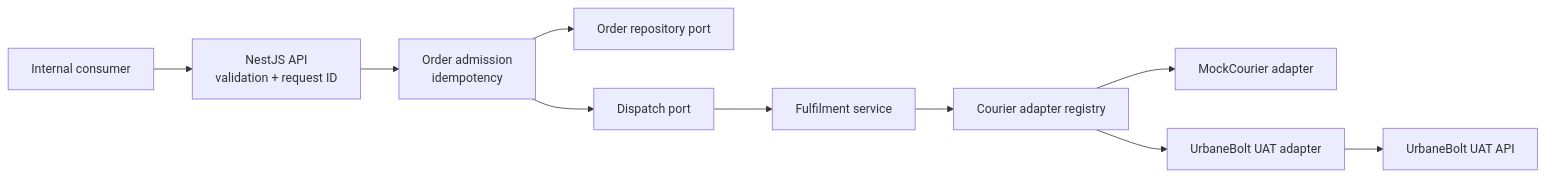
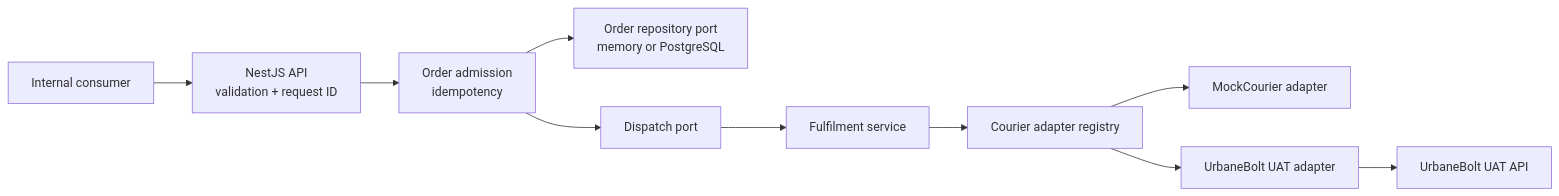
One commit to shreyshreyansh/multi-courier-platform changed the diagram in README.md. Above: the diagram before and after it, drawn with Mermaid. The commit also changed other lines of this file and 3 other files, not shown here.

````diff
--- a/README.md
+++ b/README.md
@@ -24,12 +24,12 @@
 ```mermaid
 flowchart LR
     Client["Internal consumer"] --> API["NestJS API<br/>validation + request ID"]
     API --> Admission["Order admission<br/>idempotency"]
-    Admission --> Store["Order repository port"]
+    Admission --> Store["Order repository port<br/>memory or PostgreSQL"]
     Admission --> Dispatch["Dispatch port"]
     Dispatch --> Fulfillment["Fulfilment service"]
     Fulfillment --> Registry["Courier adapter registry"]
     Registry --> Mock["MockCourier adapter"]
     Registry --> UBE["UrbaneBolt UAT adapter"]
     UBE --> Provider["UrbaneBolt UAT API"]
 ```
````
